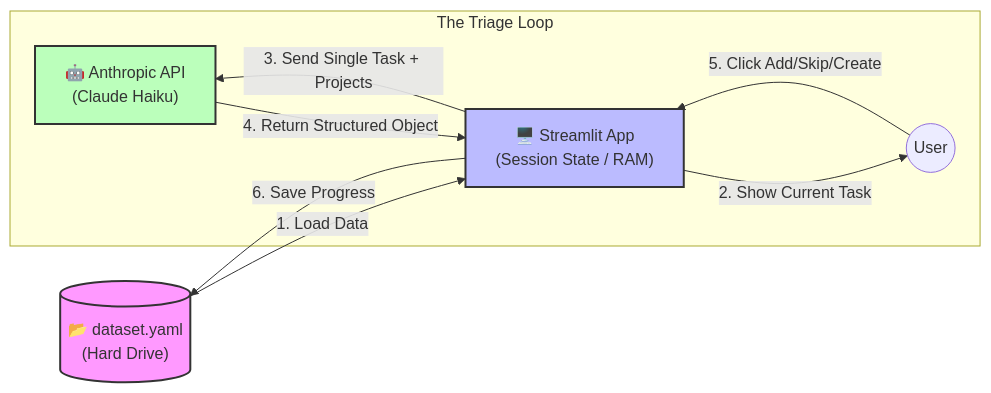
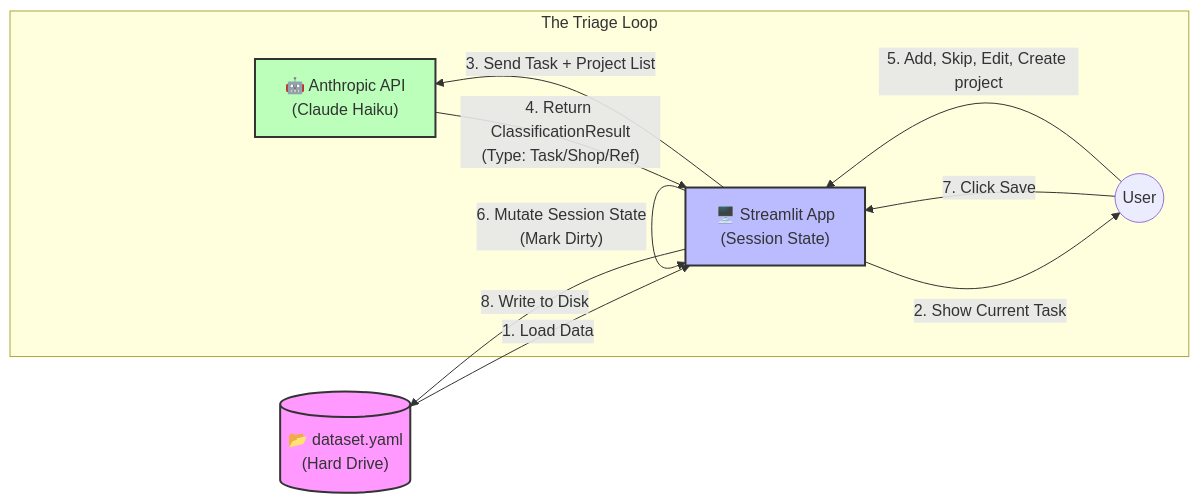
One commit to m1981/task_classifier_rd changed the first of 5 diagrams in doc/usage.md. Above: the diagram before and after it, drawn with Mermaid. The commit also changed other lines of this file and 36 other files, not shown here.

````diff
--- a/doc/usage.md
+++ b/doc/usage.md
@@ -1,25 +18,27 @@
 ```mermaid
 graph RL
     %% Nodes
     User((User))
     YAML[("📂 dataset.yaml\n(Hard Drive)")]
-    App["🖥️ Streamlit App\n(Session State / RAM)"]
+    App["🖥️ Streamlit App\n(Session State)"]
     AI["🤖 Anthropic API\n(Claude Haiku)"]
     
     %% Flow
     YAML -- "1. Load Data" --> App
     App -- "2. Show Current Task" --> User
     
     subgraph "The Triage Loop"
-        App -- "3. Send Single Task + Projects" --> AI
-        AI -- "4. Return Structured Object" --> App
-        User -- "5. Click Add/Skip/Create" --> App
+        App -- "3. Send Task + Project List" --> AI
+        AI -- "4. Return ClassificationResult\n(Type: Task/Shop/Ref)" --> App
+        User -- "5. Add, Skip, Edit, Create project" --> App
     end
     
-    App -- "6. Save Progress" --> YAML
+    App -- "6. Mutate Session State\n(Mark Dirty)" --> App
+    User -- "7. Click Save" --> App
+    App -- "8. Write to Disk" --> YAML
 
     %% Styling
     style YAML fill:#f9f,stroke:#333,stroke-width:2px
     style App fill:#bbf,stroke:#333,stroke-width:2px
     style AI fill:#bfb,stroke:#333,stroke-width:2px
 ```
````
